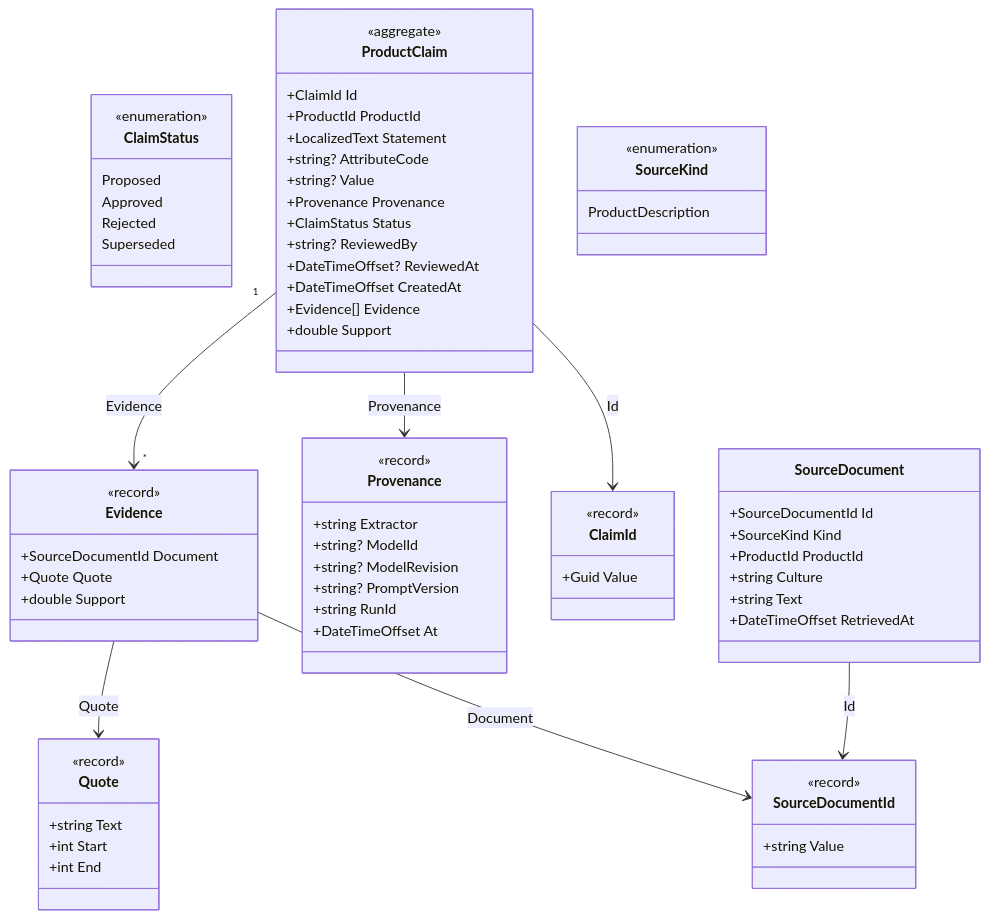
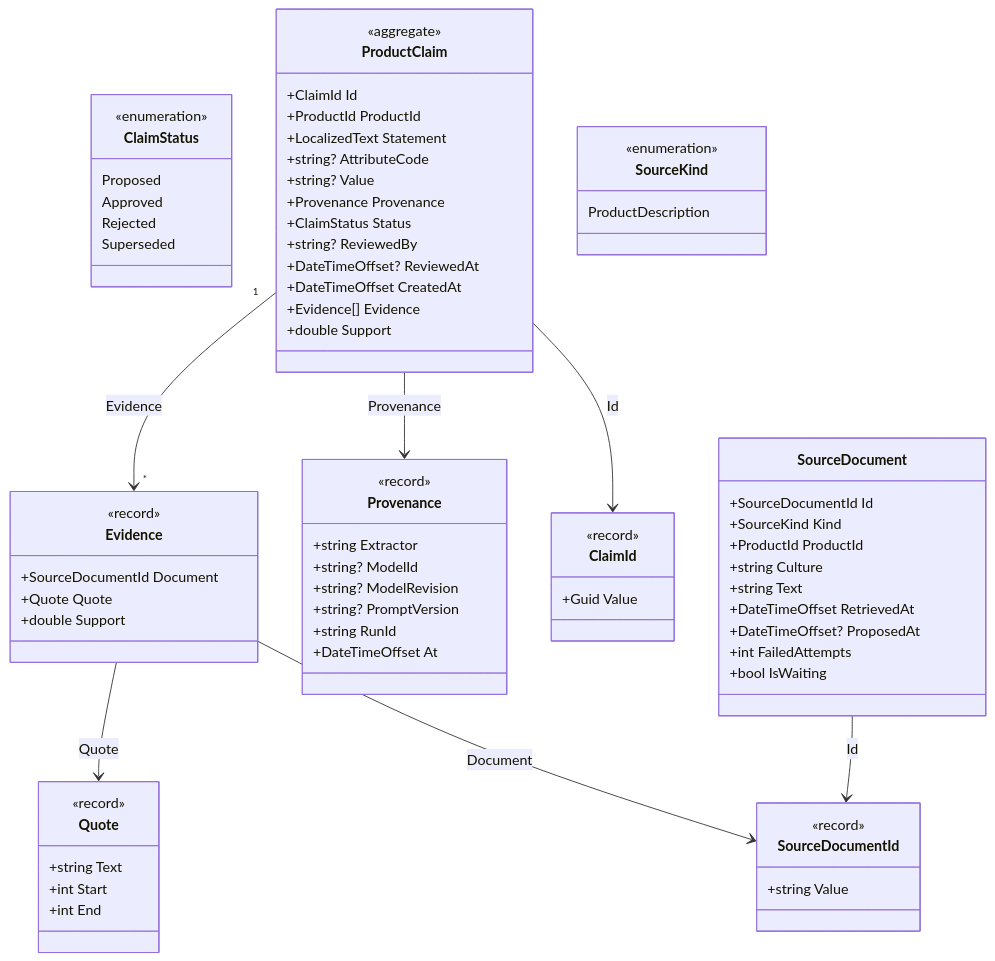
Before and after one commit to juanluelguerre/tendero: the tenth of 11 diagrams in docs/domain-model.md, drawn with Mermaid. The commit also changed 25 other files, not shown here.

````diff
--- a/docs/domain-model.md
+++ b/docs/domain-model.md
@@ -657,72 +657,75 @@
 ```mermaid
 classDiagram
     class ClaimId {
         <<record>>
         +Guid Value
     }
     class ClaimStatus {
         <<enumeration>>
         Proposed
         Approved
         Rejected
         Superseded
     }
     class Evidence {
         <<record>>
         +SourceDocumentId Document
         +Quote Quote
         +double Support
     }
     class ProductClaim {
         <<aggregate>>
         +ClaimId Id
         +ProductId ProductId
         +LocalizedText Statement
         +string? AttributeCode
         +string? Value
         +Provenance Provenance
         +ClaimStatus Status
         +string? ReviewedBy
         +DateTimeOffset? ReviewedAt
         +DateTimeOffset CreatedAt
         +Evidence[] Evidence
         +double Support
     }
     class Provenance {
         <<record>>
         +string Extractor
         +string? ModelId
         +string? ModelRevision
         +string? PromptVersion
         +string RunId
         +DateTimeOffset At
     }
     class Quote {
         <<record>>
         +string Text
         +int Start
         +int End
     }
     class SourceDocument {
         +SourceDocumentId Id
         +SourceKind Kind
         +ProductId ProductId
         +string Culture
         +string Text
         +DateTimeOffset RetrievedAt
+        +DateTimeOffset? ProposedAt
+        +int FailedAttempts
+        +bool IsWaiting
     }
     class SourceDocumentId {
         <<record>>
         +string Value
     }
     class SourceKind {
         <<enumeration>>
         ProductDescription
     }
     Evidence --> SourceDocumentId : Document
     Evidence --> Quote : Quote
     ProductClaim --> ClaimId : Id
     ProductClaim --> Provenance : Provenance
     ProductClaim "1" --> "*" Evidence : Evidence
     SourceDocument --> SourceDocumentId : Id
 ```
````
